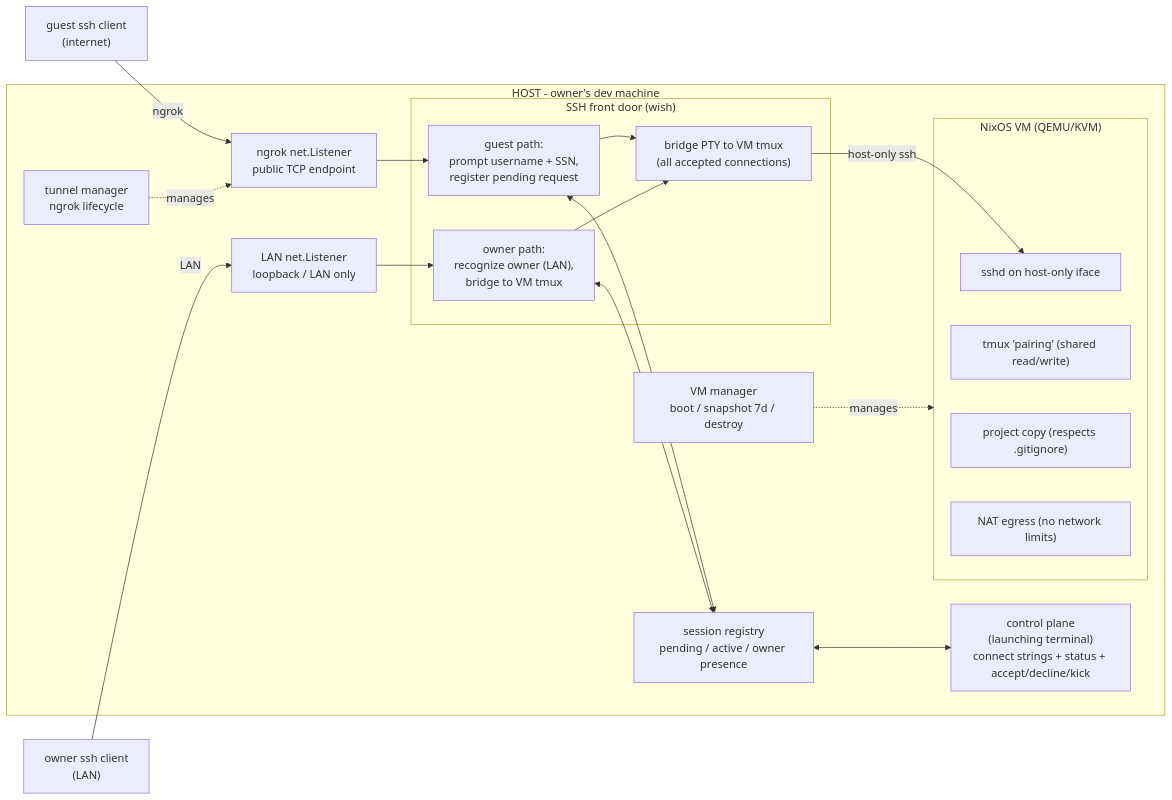
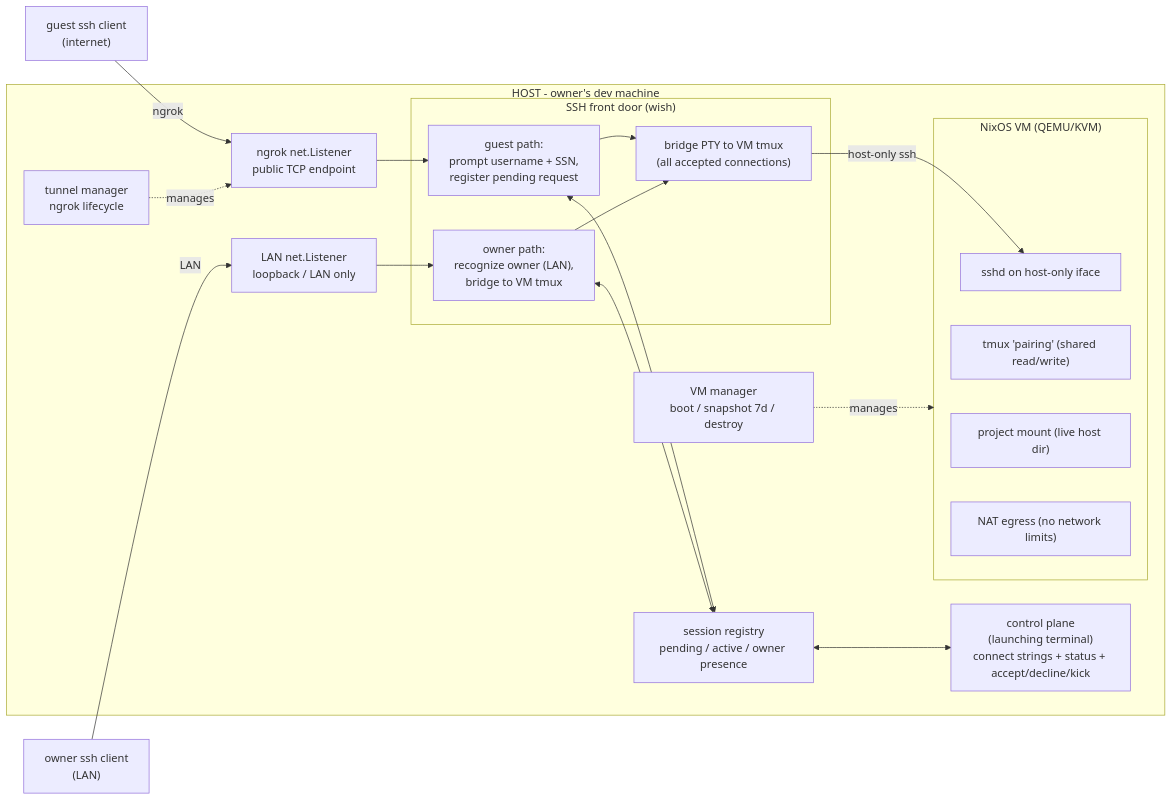
One commit to miccah/social-security changed the first of 4 diagrams in docs/DESIGN.md. Above: the diagram before and after it, drawn with Mermaid. The commit also changed other lines of this file and 2 other files, not shown here.

Commit message:
Revise docs to mount the host project

````diff
--- a/docs/DESIGN.md
+++ b/docs/DESIGN.md
@@ -58,39 +58,39 @@
 ```mermaid
 flowchart LR
     G["guest ssh client<br/>(internet)"]
     O["owner ssh client<br/>(LAN)"]
 
     subgraph HOST["HOST - owner's dev machine"]
         NG["ngrok net.Listener<br/>public TCP endpoint"]
         LN["LAN net.Listener<br/>loopback / LAN only"]
 
         subgraph FD["SSH front door (wish)"]
             FG["guest path:<br/>prompt username + SSN,<br/>register pending request"]
             FO["owner path:<br/>recognize owner (LAN),<br/>bridge to VM tmux"]
             BR["bridge PTY to VM tmux<br/>(all accepted connections)"]
         end
 
         REG["session registry<br/>pending / active / owner presence"]
         DMN["control plane<br/>(launching terminal)<br/>connect strings + status + accept/decline/kick"]
         TUN["tunnel manager<br/>ngrok lifecycle"]
         VMM["VM manager<br/>boot / snapshot 7d / destroy"]
 
         subgraph VM["NixOS VM (QEMU/KVM)"]
             SSHD["sshd on host-only iface"]
             TMUX["tmux 'pairing' (shared read/write)"]
-            PROJ["project copy (respects .gitignore)"]
+            PROJ["project mount (live host dir)"]
             NET["NAT egress (no network limits)"]
         end
     end
 
     G -->|ngrok| NG --> FG
     O -->|LAN| LN --> FO
     FG <--> REG
     FO <--> REG
     REG <--> DMN
     FG --> BR
     FO --> BR
     BR -->|host-only ssh| SSHD
     TUN -.manages.-> NG
     VMM -.manages.-> VM
 ```
````
